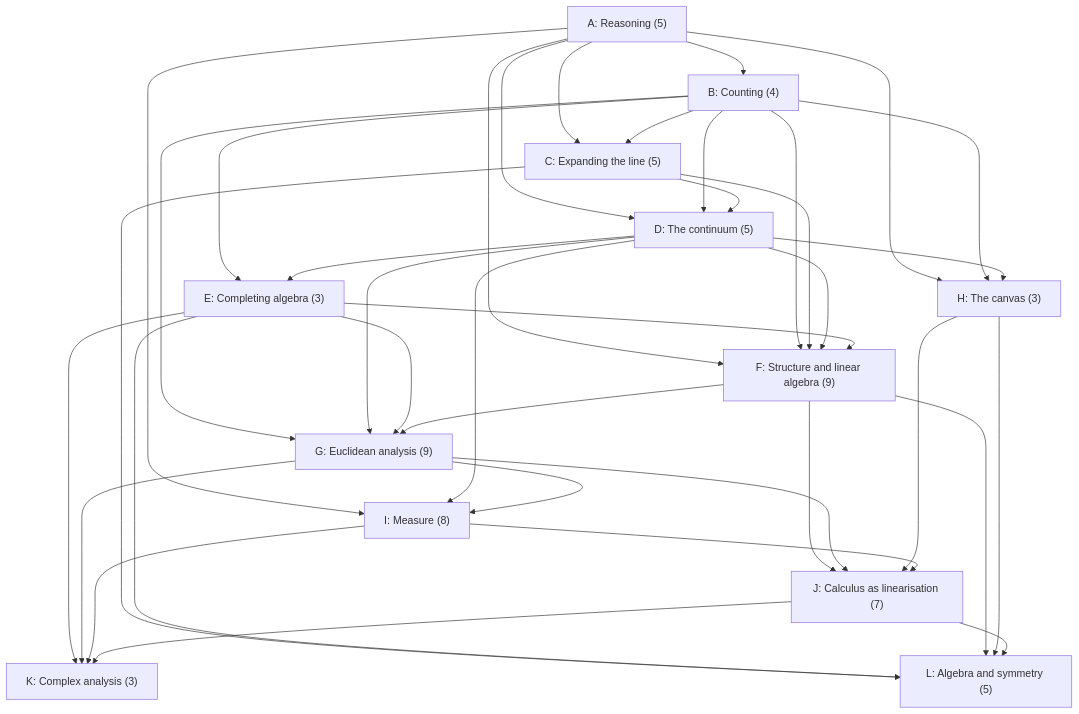
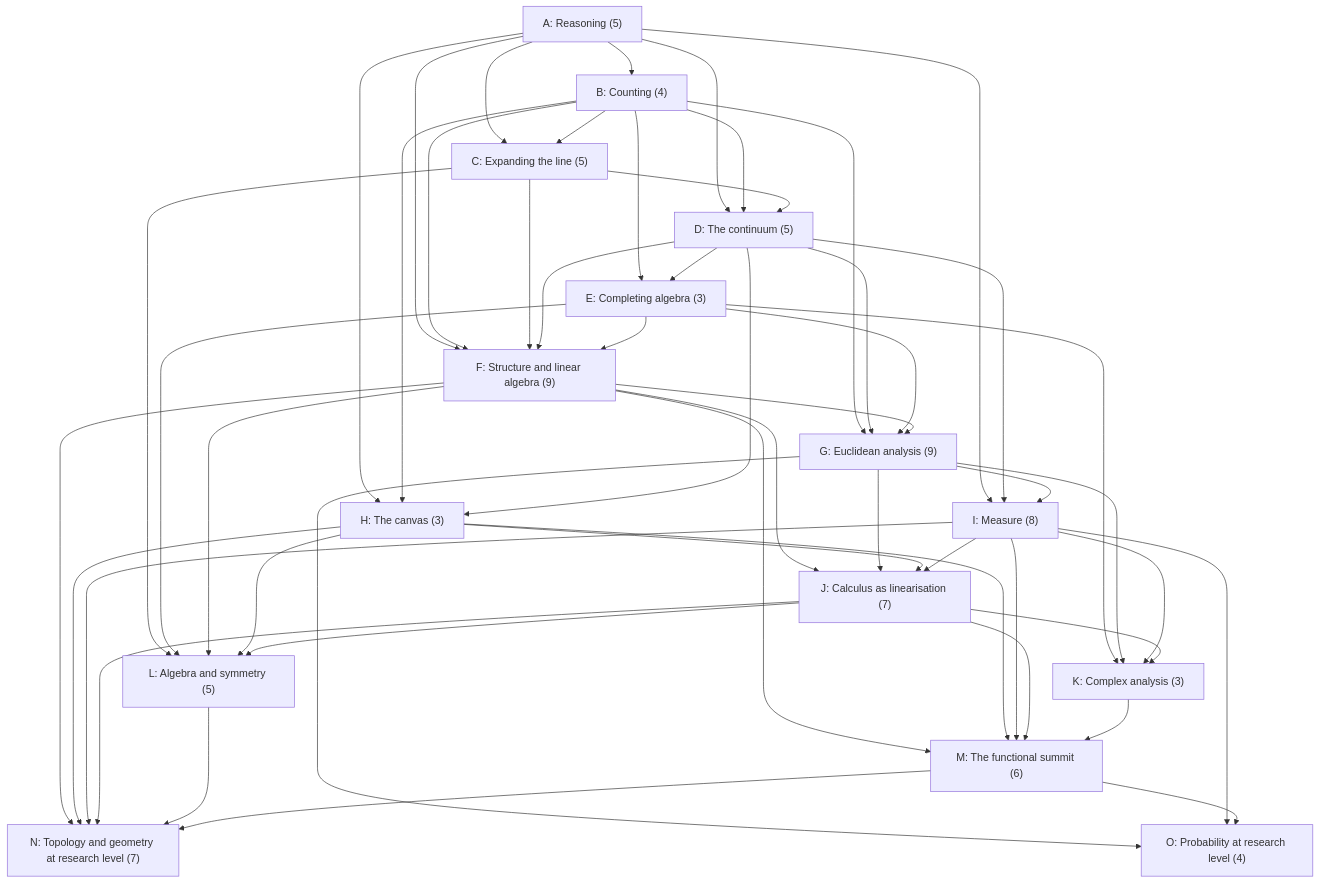
The diagram in sites/mathematics/src/content/docs/17-core-course/index.md (WyattAu/starlight-sites), drawn with Mermaid before and after one commit. The commit also changed other lines of this file and 6 other files, not shown here.

````diff
--- a/sites/mathematics/src/content/docs/17-core-course/index.md
+++ b/sites/mathematics/src/content/docs/17-core-course/index.md
@@ -53,51 +53,68 @@
 ```mermaid
 graph TD
     A["A: Reasoning (5)"]
     B["B: Counting (4)"]
     C["C: Expanding the line (5)"]
     D["D: The continuum (5)"]
     E["E: Completing algebra (3)"]
     F["F: Structure and linear algebra (9)"]
     G["G: Euclidean analysis (9)"]
     H["H: The canvas (3)"]
     I["I: Measure (8)"]
     J["J: Calculus as linearisation (7)"]
     K["K: Complex analysis (3)"]
     L["L: Algebra and symmetry (5)"]
+    M["M: The functional summit (6)"]
+    N["N: Topology and geometry at research level (7)"]
+    O["O: Probability at research level (4)"]
     A --> B
     A --> C
     A --> D
     A --> F
     A --> H
     A --> I
     B --> C
     B --> D
     B --> E
     B --> F
     B --> G
     B --> H
     C --> D
     C --> F
     C --> L
     D --> E
     D --> F
     D --> G
     D --> H
     D --> I
     E --> F
     E --> G
     E --> K
     E --> L
     F --> G
     F --> J
     F --> L
+    F --> M
+    F --> N
     G --> I
     G --> J
     G --> K
+    G --> O
     H --> J
     H --> L
+    H --> M
+    H --> N
     I --> J
     I --> K
+    I --> M
+    I --> N
+    I --> O
     J --> K
     J --> L
+    J --> M
+    J --> N
+    K --> M
+    L --> N
+    M --> N
+    M --> O
 ```
````
